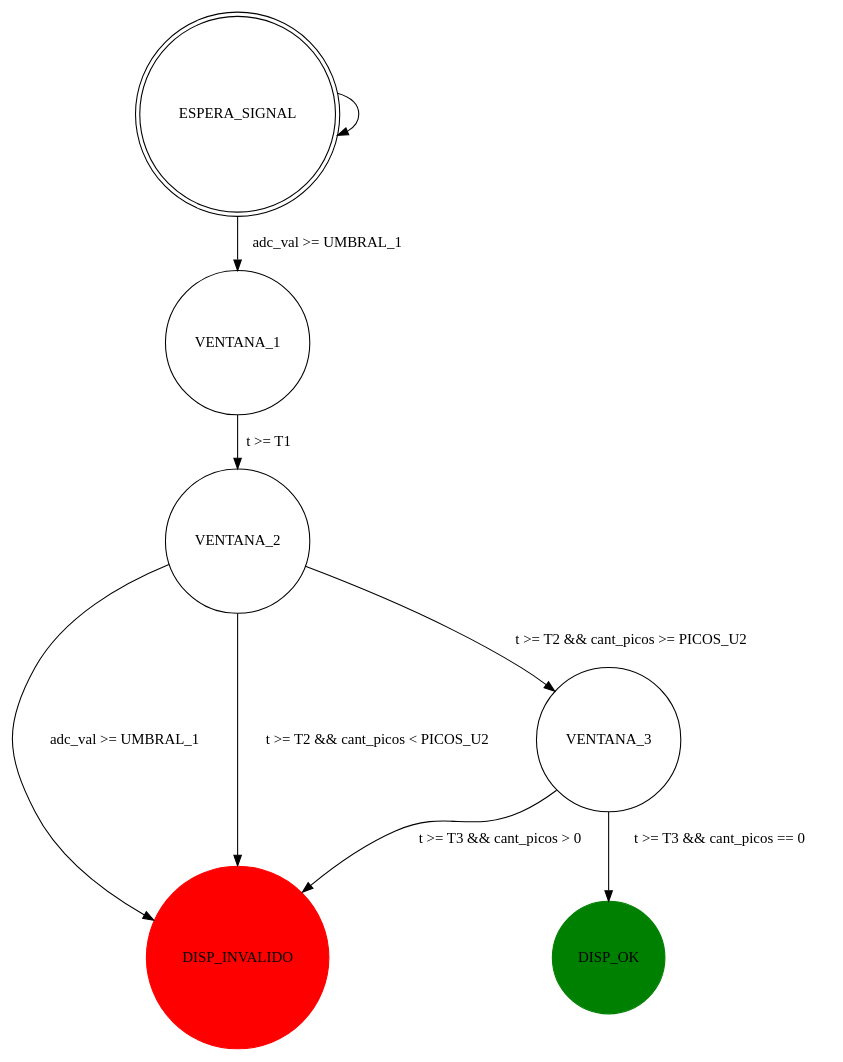
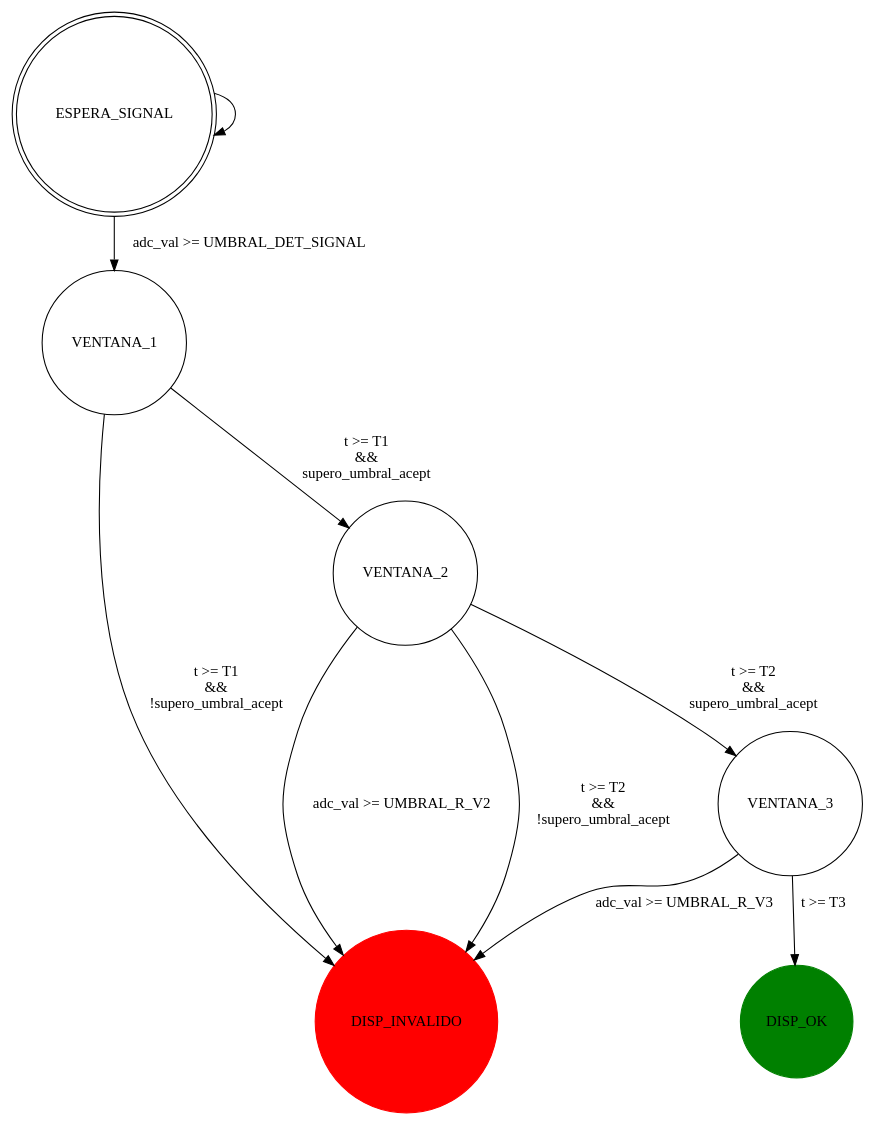
The diagram in fsm.dot (harboleas/deteccion_disparo), drawn with Graphviz before and after one commit. The commit also changed 3 other files, not shown here.

```diff
--- a/fsm.dot
+++ b/fsm.dot
@@ -1,16 +1,17 @@
 digraph FSM
 {
     ESPERA_SIGNAL [shape = doublecircle];
     node [ shape = circle ];
     DISP_OK [ color = green style=filled ];
     DISP_INVALIDO [ color = red style=filled ];
     ESPERA_SIGNAL -> ESPERA_SIGNAL;
-    ESPERA_SIGNAL -> VENTANA_1  [ label = "adc_val >= UMBRAL_1" ];
-    VENTANA_1 -> VENTANA_2 [ label = "t >= T1" ];
-    VENTANA_2 -> DISP_INVALIDO [ label = "adc_val >= UMBRAL_1" ];
-    VENTANA_2 -> VENTANA_3 [ label = "t >= T2 && cant_picos >= PICOS_U2" ];
-    VENTANA_2 -> DISP_INVALIDO [ label = "t >= T2 && cant_picos < PICOS_U2" ];
-    VENTANA_3 -> DISP_INVALIDO [ label = "t >= T3 && cant_picos > 0" ];
-    VENTANA_3 -> DISP_OK [ label = "t >= T3 && cant_picos == 0" ];
+    ESPERA_SIGNAL -> VENTANA_1  [ label = "adc_val >= UMBRAL_DET_SIGNAL" ];
+    VENTANA_1 -> VENTANA_2 [ label = "t >= T1\n&&\nsupero_umbral_acept" ];
+    VENTANA_1 -> DISP_INVALIDO [ label = "t >= T1\n&&\n!supero_umbral_acept" ];
+    VENTANA_2 -> DISP_INVALIDO [ label = "adc_val >= UMBRAL_R_V2" ];
+    VENTANA_2 -> VENTANA_3 [ label = "t >= T2\n&&\nsupero_umbral_acept" ];
+    VENTANA_2 -> DISP_INVALIDO [ label = "t >= T2\n&&\n!supero_umbral_acept" ];
+    VENTANA_3 -> DISP_INVALIDO [ label = "adc_val >= UMBRAL_R_V3" ];
+    VENTANA_3 -> DISP_OK [ label = "t >= T3" ];
 
 }
```
